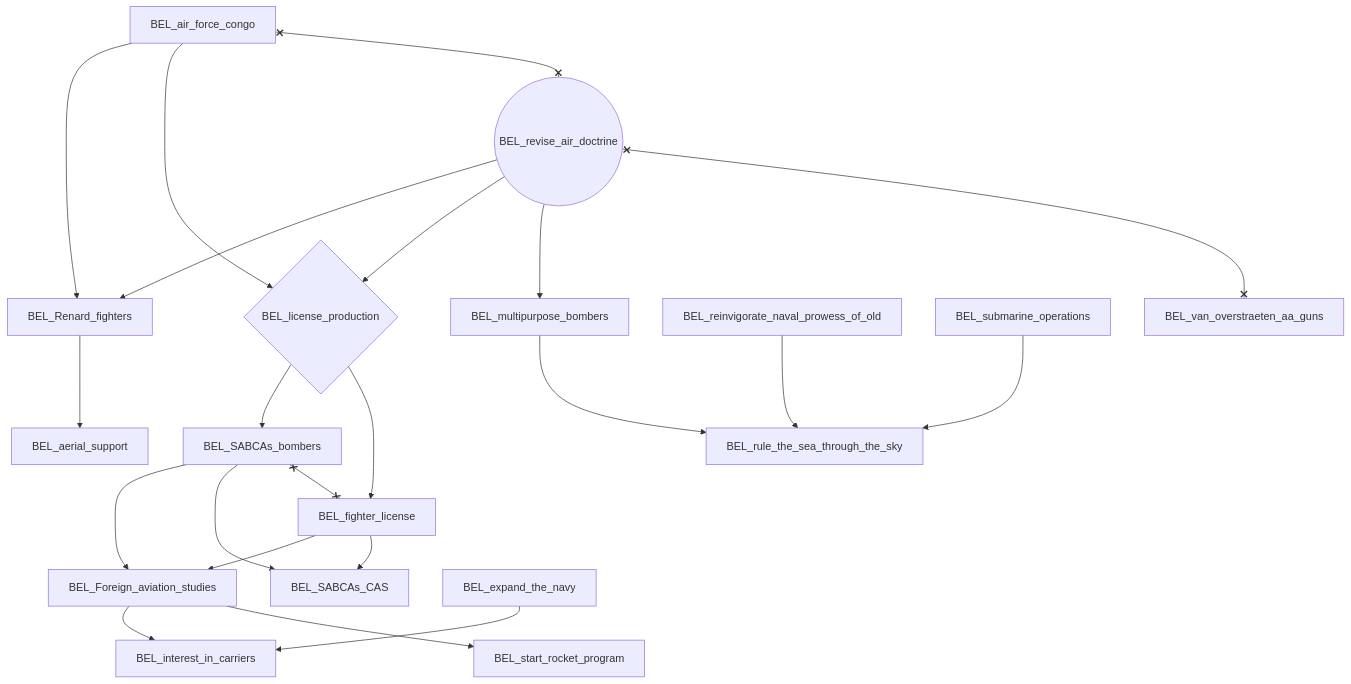
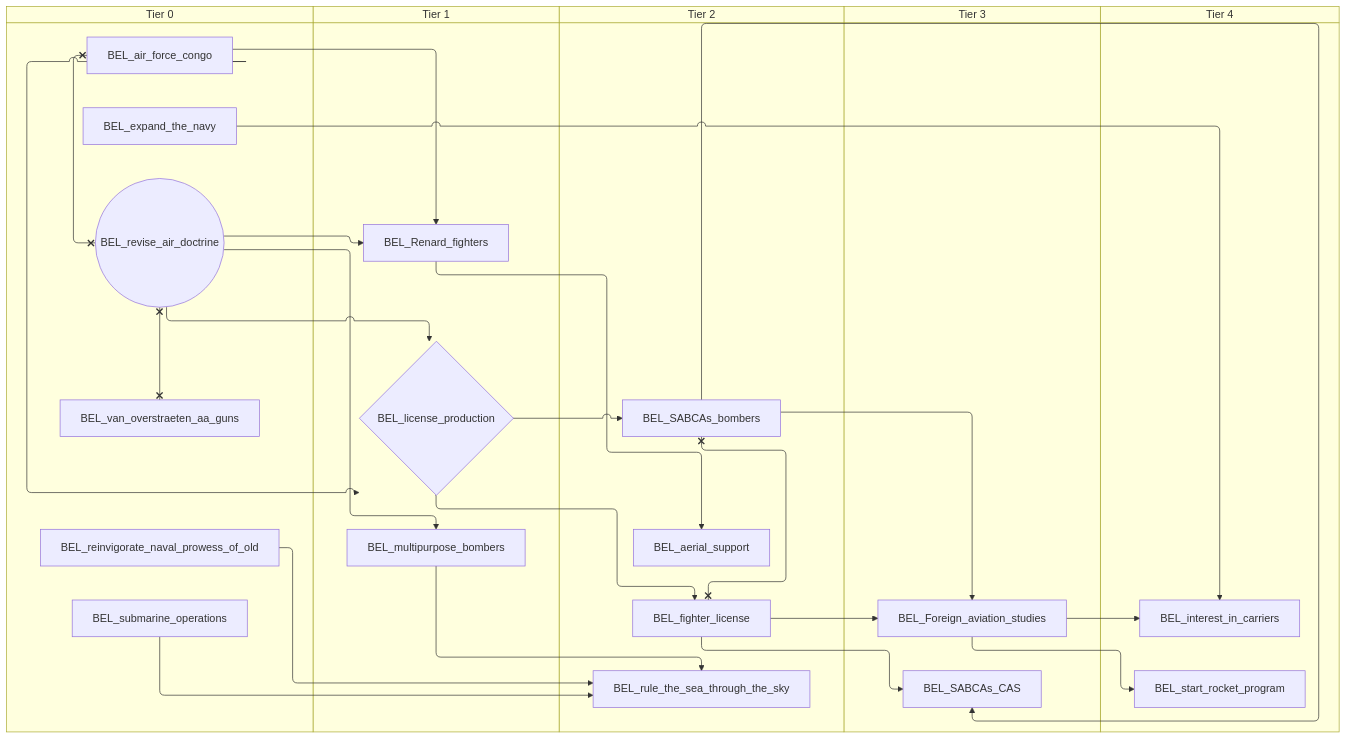
One commit to evgeny-sobol/hoi4-sandbox-mode-r56 changed diagram 11 of 13 in docs/gdd/National Focuses/r56/r56_belgium.md. Above: the diagram before and after it, drawn with Mermaid. The commit also changed other lines of this file and 423 other files, not shown here.

First line of the commit message:
Re-export Rt56 focus trees as swimlane diagrams

````diff
--- a/docs/gdd/National Focuses/r56/r56_belgium.md
+++ b/docs/gdd/National Focuses/r56/r56_belgium.md
@@ -515,41 +625,51 @@
 ```mermaid
-flowchart TD
-    n45["BEL_Foreign_aviation_studies"]
-    n46["BEL_Renard_fighters"]
-    n47["BEL_SABCAs_CAS"]
-    n48["BEL_SABCAs_bombers"]
-    n49["BEL_aerial_support"]
-    n50["BEL_air_force_congo"]
-    n51["BEL_expand_the_navy"]
-    n52["BEL_fighter_license"]
-    n53["BEL_interest_in_carriers"]
-    n54{"BEL_license_production"}
-    n59["BEL_multipurpose_bombers"]
-    n63["BEL_reinvigorate_naval_prowess_of_old"]
-    n55(("BEL_revise_air_doctrine"))
-    n64["BEL_rule_the_sea_through_the_sky"]
-    n56["BEL_start_rocket_program"]
-    n67["BEL_submarine_operations"]
-    n44["BEL_van_overstraeten_aa_guns"]
-    n48 --> n45
-    n52 --> n45
-    n55 --> n46
-    n50 --> n46
-    n48 --> n47
-    n52 --> n47
-    n54 --> n48
-    n46 --> n49
-    n54 --> n52
-    n51 --> n53
-    n45 --> n53
-    n55 --> n54
+swimlane-beta TD
+    subgraph tier_0["Tier 0"]
+        n45["BEL_air_force_congo"]
+        n46["BEL_expand_the_navy"]
+        n60["BEL_reinvigorate_naval_prowess_of_old"]
+        n47(("BEL_revise_air_doctrine"))
+        n61["BEL_submarine_operations"]
+        n18["BEL_van_overstraeten_aa_guns"]
+    end
+    subgraph tier_1["Tier 1"]
+        n48["BEL_Renard_fighters"]
+        n49{"BEL_license_production"}
+        n58["BEL_multipurpose_bombers"]
+    end
+    subgraph tier_2["Tier 2"]
+        n50["BEL_SABCAs_bombers"]
+        n51["BEL_aerial_support"]
+        n52["BEL_fighter_license"]
+        n63["BEL_rule_the_sea_through_the_sky"]
+    end
+    subgraph tier_3["Tier 3"]
+        n53["BEL_Foreign_aviation_studies"]
+        n54["BEL_SABCAs_CAS"]
+    end
+    subgraph tier_4["Tier 4"]
+        n55["BEL_interest_in_carriers"]
+        n56["BEL_start_rocket_program"]
+    end
+    n50 --> n53
+    n52 --> n53
+    n47 --> n48
+    n45 --> n48
     n50 --> n54
-    n55 --> n59
-    n59 --> n64
-    n67 --> n64
-    n63 --> n64
-    n45 --> n56
-    n48 x--x n52
-    n50 x--x n55
-    n55 x--x n44
+    n52 --> n54
+    n49 --> n50
+    n48 --> n51
+    n49 --> n52
+    n46 --> n55
+    n53 --> n55
+    n47 --> n49
+    n45 --> n49
+    n47 --> n58
+    n58 --> n63
+    n61 --> n63
+    n60 --> n63
+    n53 --> n56
+    n50 x--x n52
+    n45 x--x n47
+    n47 x--x n18
 ```
````
